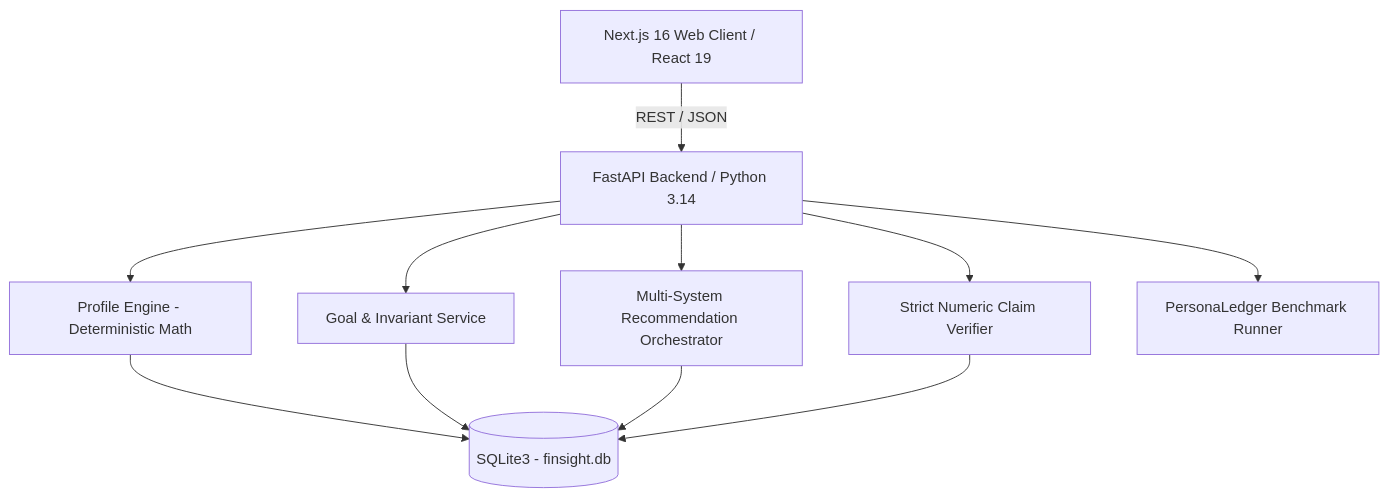
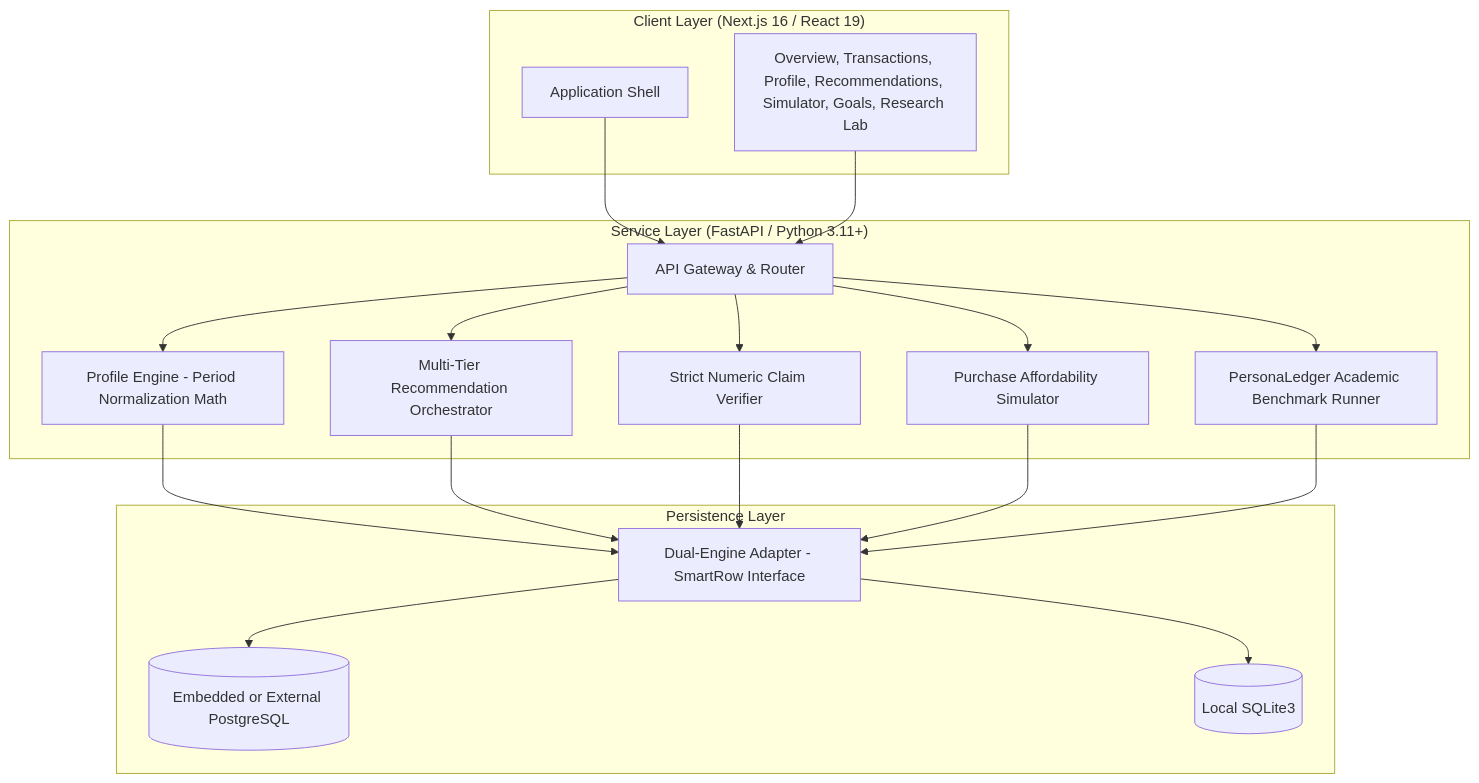
The diagram in README.md (sriram36/FinSight), drawn with Mermaid before and after one commit. The commit also changed other lines of this file and 4 other files, not shown here.

````diff
--- a/README.md
+++ b/README.md
@@ -84,13 +49,40 @@
 ```mermaid
 graph TD
-    Client[Next.js 16 Web Client / React 19] -->|REST / JSON| API[FastAPI Backend / Python 3.14]
-    API --> ServiceProfile[Profile Engine - Deterministic Math]
-    API --> ServiceGoal[Goal & Invariant Service]
-    API --> ServiceRec[Multi-System Recommendation Orchestrator]
-    API --> ServiceVerify[Strict Numeric Claim Verifier]
-    API --> ServiceResearch[PersonaLedger Benchmark Runner]
-    ServiceProfile --> DB[(SQLite3 - finsight.db)]
-    ServiceGoal --> DB
-    ServiceRec --> DB
-    ServiceVerify --> DB
+    subgraph ClientLayer ["Client Layer (Next.js 16 / React 19)"]
+        UI_Shell[Application Shell]
+        UI_Views[Overview, Transactions, Profile, Recommendations, Simulator, Goals, Research Lab]
+    end
+
+    subgraph ServiceLayer ["Service Layer (FastAPI / Python 3.11+)"]
+        Gateway[API Gateway & Router]
+        Svc_Profile[Profile Engine - Period Normalization Math]
+        Svc_Recs[Multi-Tier Recommendation Orchestrator]
+        Svc_Verifier[Strict Numeric Claim Verifier]
+        Svc_Simulator[Purchase Affordability Simulator]
+        Svc_Lab[PersonaLedger Academic Benchmark Runner]
+    end
+
+    subgraph StorageLayer ["Persistence Layer"]
+        Driver[Dual-Engine Adapter - SmartRow Interface]
+        DB_Postgres[(Embedded or External PostgreSQL)]
+        DB_SQLite[(Local SQLite3)]
+    end
+
+    UI_Shell --> Gateway
+    UI_Views --> Gateway
+
+    Gateway --> Svc_Profile
+    Gateway --> Svc_Recs
+    Gateway --> Svc_Verifier
+    Gateway --> Svc_Simulator
+    Gateway --> Svc_Lab
+
+    Svc_Profile --> Driver
+    Svc_Recs --> Driver
+    Svc_Verifier --> Driver
+    Svc_Simulator --> Driver
+    Svc_Lab --> Driver
+
+    Driver --> DB_Postgres
+    Driver --> DB_SQLite
 ```
````
